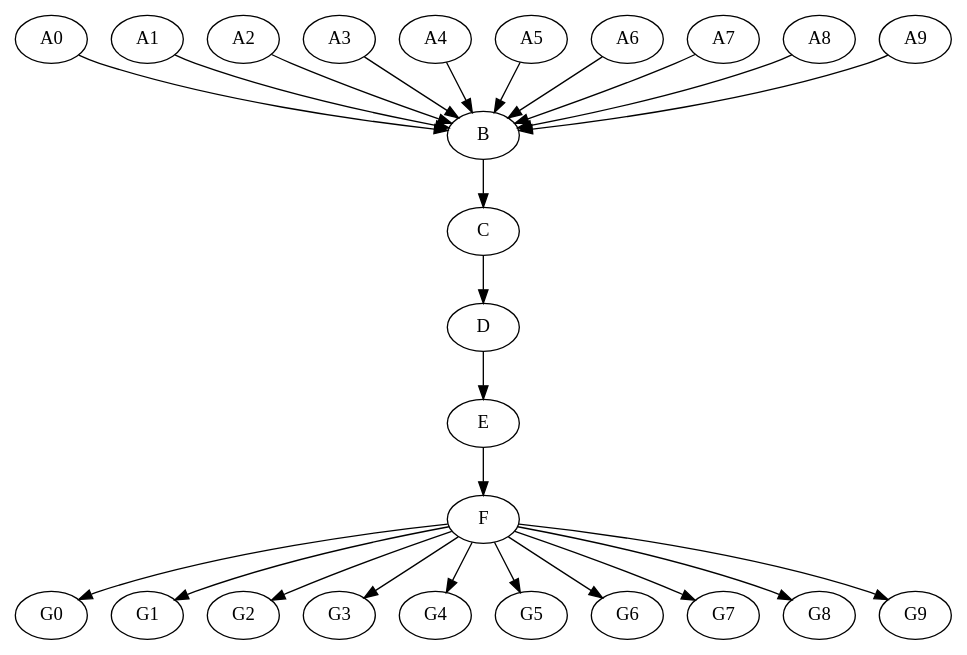
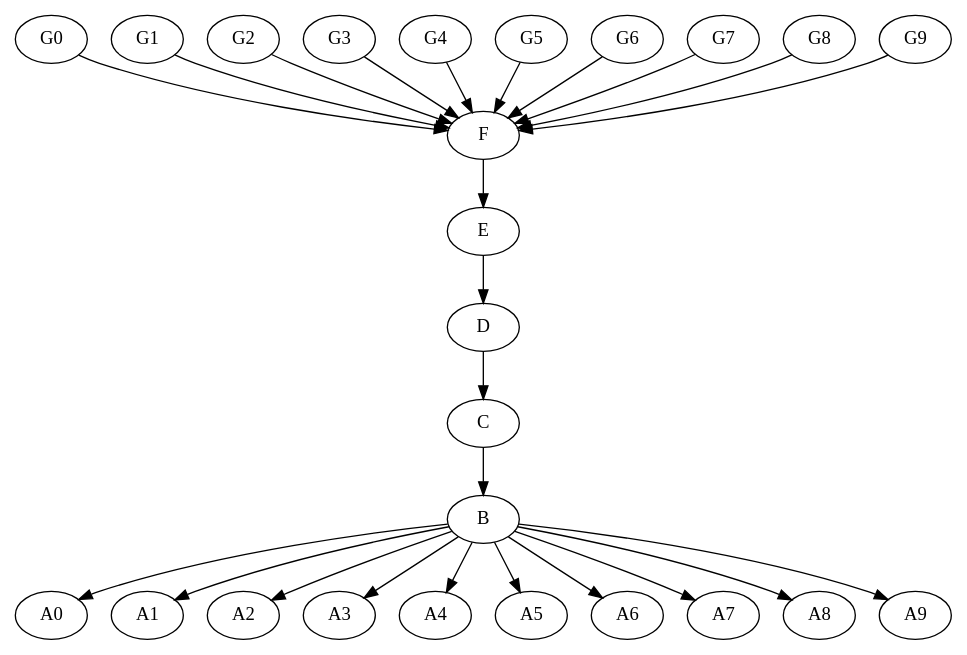
The diagram in notebooks_and_scripts/workflow/patterns/hourglass.dot (kamangir/notebooks-and-scripts), drawn with Graphviz before and after one commit. The commit also changed 3 other files, not shown here.

```diff
--- a/notebooks_and_scripts/workflow/patterns/hourglass.dot
+++ b/notebooks_and_scripts/workflow/patterns/hourglass.dot
@@ -1,31 +1,31 @@
 digraph G {
-    A0 -> B;
-    A1 -> B;
-    A2 -> B;
-    A3 -> B;
-    A4 -> B;
-    A5 -> B;
-    A6 -> B;
-    A7 -> B;
-    A8 -> B;
-    A9 -> B;
+    G0 -> F;
+    G1 -> F;
+    G2 -> F;
+    G3 -> F;
+    G4 -> F;
+    G5 -> F;
+    G6 -> F;
+    G7 -> F;
+    G8 -> F;
+    G9 -> F;
 
-    B -> C;
+    F -> E;
 
-    C -> D;
+    E -> D;
 
-    D -> E;
+    D -> C;
 
-    E -> F;
+    C -> B;
 
-    F -> G0;
-    F -> G1;
-    F -> G2;
-    F -> G3;
-    F -> G4;
-    F -> G5;
-    F -> G6;
-    F -> G7;
-    F -> G8;
-    F -> G9;
+    B -> A0;
+    B -> A1;
+    B -> A2;
+    B -> A3;
+    B -> A4;
+    B -> A5;
+    B -> A6;
+    B -> A7;
+    B -> A8;
+    B -> A9;
 }
```
